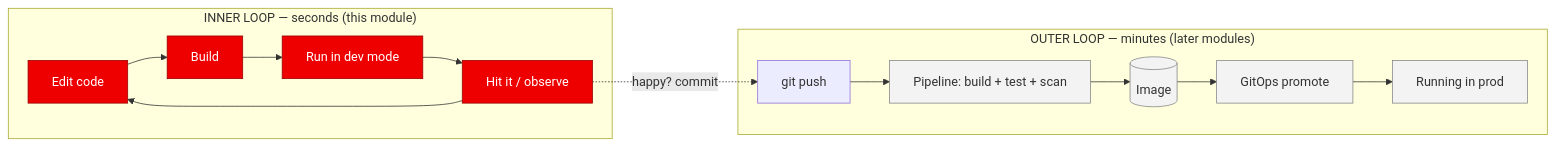
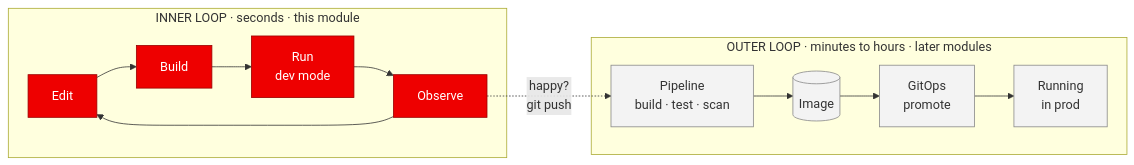
The first of 2 diagrams in content/modules/ROOT/pages/m03-devspaces-inner-loop/concept.adoc (serhat-dirik/OCP-Getting-Started-Revamped), drawn with Mermaid before and after one commit. The commit also changed other lines of this file and 6 other files, not shown here.

```diff
--- a/content/modules/ROOT/pages/m03-devspaces-inner-loop/concept.adoc
+++ b/content/modules/ROOT/pages/m03-devspaces-inner-loop/concept.adoc
@@ -33,15 +33,15 @@
 [mermaid]
 ....
 graph LR
-  subgraph inner["INNER LOOP — seconds (this module)"]
-    edit[Edit code] --> compile[Build] --> run[Run in dev mode] --> observe[Hit it / observe] --> edit
+  subgraph inner["INNER LOOP · seconds · this module"]
+    edit["Edit"] --> build["Build"] --> run["Run<br/>dev mode"] --> observe["Observe"] --> edit
   end
-  observe -.->|"happy? commit"| push[git push]
-  subgraph outer["OUTER LOOP — minutes (later modules)"]
-    push --> pipeline[Pipeline: build + test + scan] --> image[(Image)] --> gitops[GitOps promote] --> prod[Running in prod]
+  observe -. "happy?<br/>git push" .-> pipeline
+  subgraph outer["OUTER LOOP · minutes to hours · later modules"]
+    pipeline["Pipeline<br/>build · test · scan"] --> image[("Image")] --> promote["GitOps<br/>promote"] --> prod["Running<br/>in prod"]
   end
   classDef in fill:#e00,stroke:#900,color:#fff;
   classDef out fill:#f3f3f3,stroke:#888,color:#333;
-  class edit,compile,run,observe in;
-  class pipeline,image,gitops,prod out;
+  class edit,build,run,observe in;
+  class pipeline,image,promote,prod out;
 ....
```
